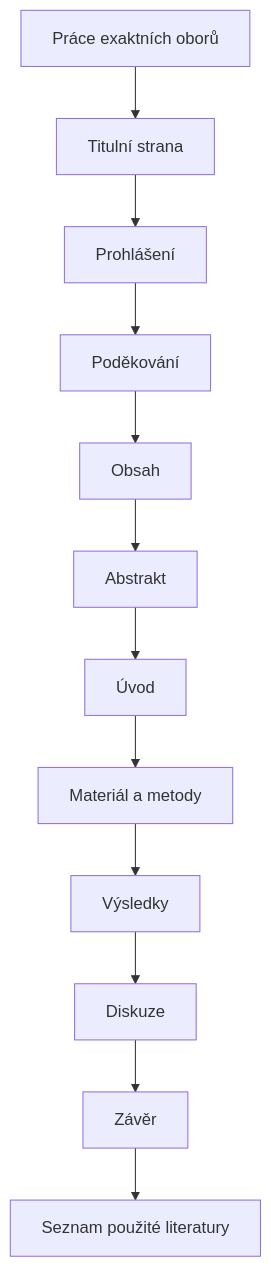
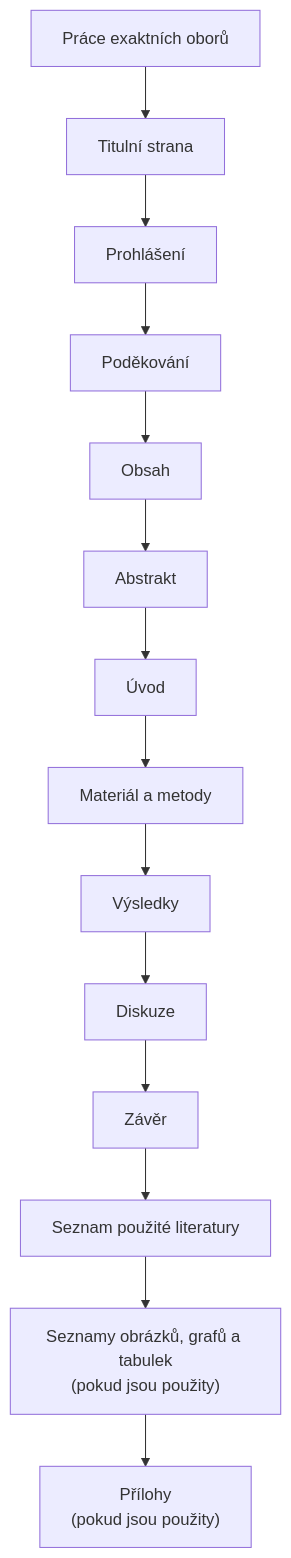
The diagram in docs/priprava/prace-exaktnich-oboru.md (faitjaroslav-byte/maturitni_prace), drawn with Mermaid before and after one commit. The commit also changed other lines of this file and 4 other files, not shown here.

````diff
--- a/docs/priprava/prace-exaktnich-oboru.md
+++ b/docs/priprava/prace-exaktnich-oboru.md
@@ -5,15 +5,17 @@
 ```mermaid
 flowchart TB
     A["Práce exaktních oborů"]
     A --> B["Titulní strana"]
     B --> C["Prohlášení"]
     C --> D["Poděkování"]
     D --> E["Obsah"]
     E --> F["Abstrakt"]
     F --> G["Úvod"]
     G --> H["Materiál a metody"]
     H --> I["Výsledky"]
     I --> J["Diskuze"]
     J --> K["Závěr"]
     K --> L["Seznam použité literatury"]
+    L --> M["Seznamy obrázků, grafů a tabulek<br/>(pokud jsou použity)"]
+    M --> N["Přílohy<br/>(pokud jsou použity)"]
 ```
````
